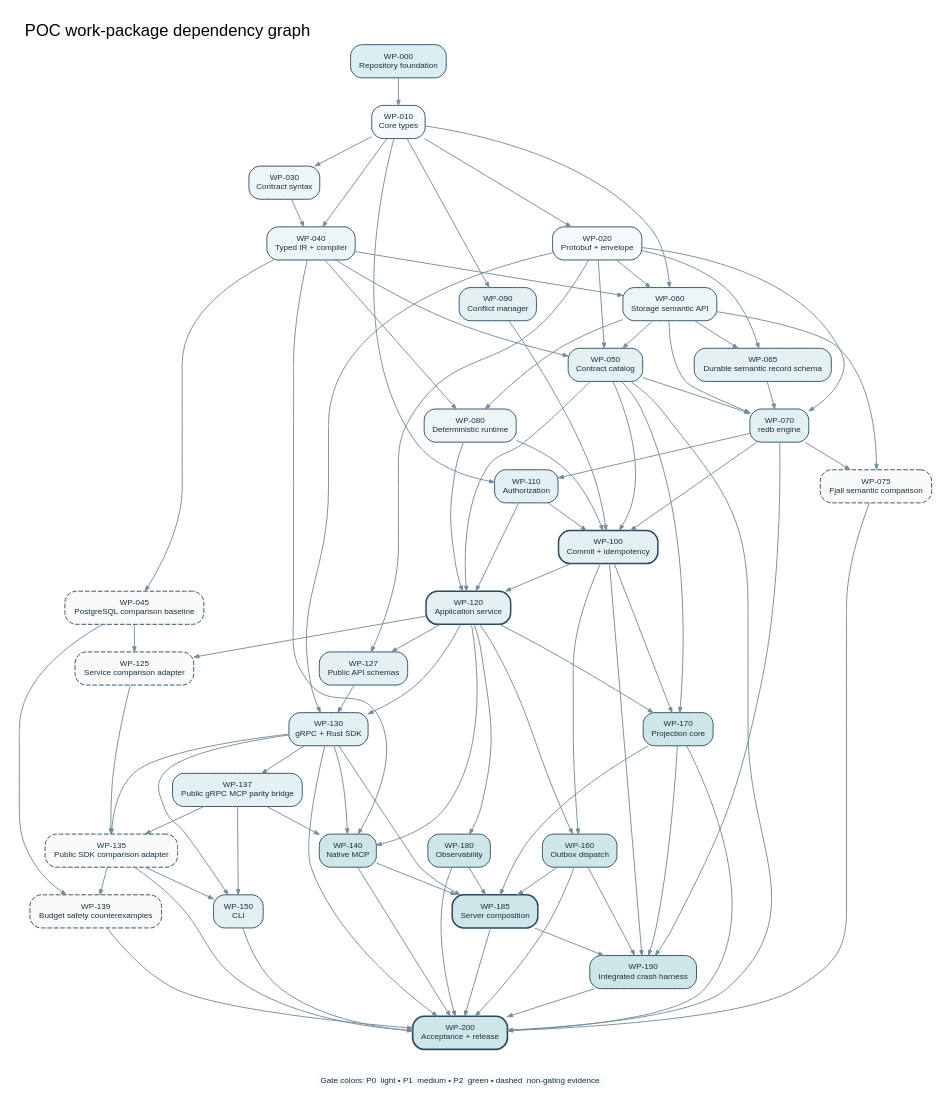
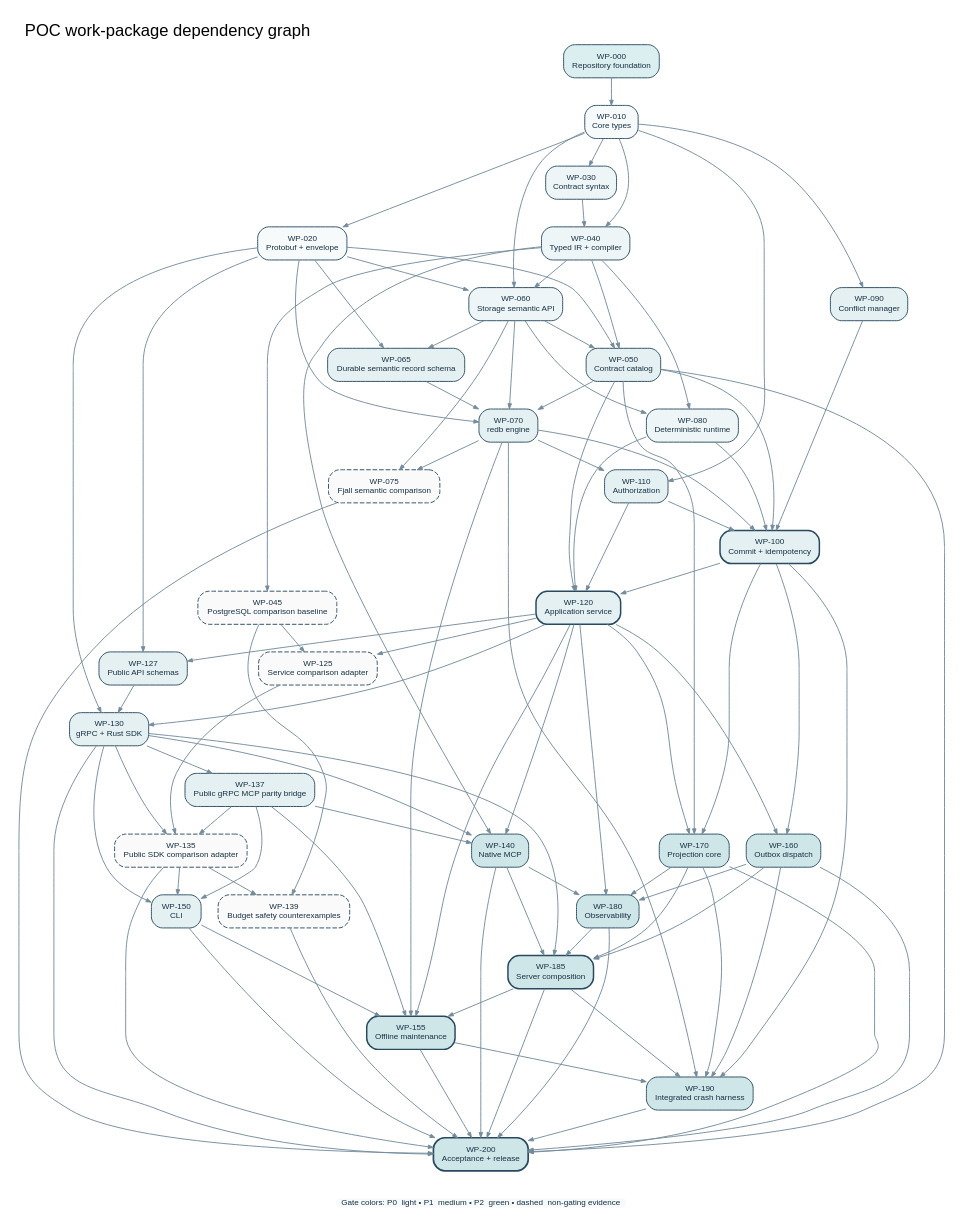
Before and after one commit to riffdb/riffdb: the diagram in diagrams/work_package_dag.dot, drawn with Graphviz. The commit also changed 308 other files, not shown here.

```diff
--- a/diagrams/work_package_dag.dot
+++ b/diagrams/work_package_dag.dot
@@ -1,71 +1,73 @@
 digraph G {
   graph [rankdir=TB, bgcolor="white", pad="0.18", nodesep="0.25", ranksep="0.42", fontname="Liberation Sans", fontsize=18, label="POC work-package dependency graph", labelloc="t", labeljust="l"];
   node [shape=box, style="rounded,filled", fontname="Liberation Sans", fontsize=8.8, margin="0.10,0.06", color="#28495F", fillcolor="#F7FAFB", fontcolor="#173042"];
   edge [color="#738B9A", penwidth=1.0, arrowsize=0.55];
 
   wp000 [label="WP-000\nRepository foundation", fillcolor="#DCEFF0"];
   wp010 [label="WP-010\nCore types"];
   wp020 [label="WP-020\nProtobuf + envelope"];
   wp030 [label="WP-030\nContract syntax", fillcolor="#EEF5F7"];
   wp040 [label="WP-040\nTyped IR + compiler", fillcolor="#EEF5F7"];
   wp045 [label="WP-045\nPostgreSQL comparison baseline", style="rounded,filled,dashed", fillcolor="#FAFAFA"];
   wp050 [label="WP-050\nContract catalog", fillcolor="#E4F0F2"];
   wp060 [label="WP-060\nStorage semantic API", fillcolor="#EEF5F7"];
   wp065 [label="WP-065\nDurable semantic record schema", fillcolor="#E4F0F2"];
   wp070 [label="WP-070\nredb engine", fillcolor="#E4F0F2"];
   wp075 [label="WP-075\nFjall semantic comparison", style="rounded,filled,dashed", fillcolor="#FAFAFA"];
   wp080 [label="WP-080\nDeterministic runtime", fillcolor="#EEF5F7"];
   wp090 [label="WP-090\nConflict manager", fillcolor="#E4F0F2"];
   wp100 [label="WP-100\nCommit + idempotency", fillcolor="#E4F0F2", penwidth=1.6];
   wp110 [label="WP-110\nAuthorization", fillcolor="#E4F0F2"];
   wp120 [label="WP-120\nApplication service", fillcolor="#E4F0F2", penwidth=1.6];
   wp125 [label="WP-125\nService comparison adapter", style="rounded,filled,dashed", fillcolor="#FAFAFA"];
   wp127 [label="WP-127\nPublic API schemas", fillcolor="#E4F0F2"];
   wp130 [label="WP-130\ngRPC + Rust SDK", fillcolor="#E4F0F2"];
   wp135 [label="WP-135\nPublic SDK comparison adapter", style="rounded,filled,dashed", fillcolor="#FAFAFA"];
   wp137 [label="WP-137\nPublic gRPC MCP parity bridge", fillcolor="#E4F0F2"];
   wp139 [label="WP-139\nBudget safety counterexamples", style="rounded,filled,dashed", fillcolor="#FAFAFA"];
   wp140 [label="WP-140\nNative MCP", fillcolor="#CFE6E8"];
   wp150 [label="WP-150\nCLI", fillcolor="#E4F0F2"];
   wp160 [label="WP-160\nOutbox dispatch", fillcolor="#CFE6E8"];
   wp170 [label="WP-170\nProjection core", fillcolor="#CFE6E8"];
   wp180 [label="WP-180\nObservability", fillcolor="#CFE6E8"];
   wp185 [label="WP-185\nServer composition", fillcolor="#CFE6E8", penwidth=1.6];
+  wp155 [label="WP-155\nOffline maintenance", fillcolor="#CFE6E8", penwidth=1.6];
   wp190 [label="WP-190\nIntegrated crash harness", fillcolor="#CFE6E8"];
   wp200 [label="WP-200\nAcceptance + release", fillcolor="#CFE6E8", penwidth=1.8];
 
   key [shape=plain, label="Gate colors: P0  light • P1  medium • P2  green • dashed  non-gating evidence"];
 
   wp000 -> wp010;
   wp010 -> {wp020 wp030 wp090};
   wp030 -> wp040;
   wp010 -> {wp040 wp060};
   wp020 -> {wp050 wp060 wp070};
   wp040 -> {wp045 wp050 wp060 wp080};
   wp020 -> wp065;
   wp060 -> {wp050 wp065 wp070 wp075 wp080};
   {wp050 wp065} -> wp070;
   wp070 -> wp075;
   wp010 -> wp110;
   wp070 -> wp110;
   {wp050 wp070 wp080 wp090 wp110} -> wp100;
   {wp050 wp080 wp100 wp110} -> wp120;
   {wp020 wp120} -> wp127;
   {wp020 wp120 wp127} -> wp130;
   {wp045 wp120} -> wp125;
   {wp125 wp130} -> wp135;
   wp130 -> wp137;
   wp137 -> wp135;
   {wp045 wp135} -> wp139;
   {wp040 wp120 wp130} -> wp140;
   wp137 -> wp140;
   wp130 -> wp150;
   {wp135 wp137} -> wp150;
   {wp100 wp120} -> {wp160 wp170};
   wp050 -> wp170;
-  wp120 -> wp180;
+  {wp120 wp140 wp160 wp170} -> wp180;
   {wp130 wp140 wp160 wp170 wp180} -> wp185;
-  {wp070 wp100 wp160 wp170 wp185} -> wp190;
-  {wp050 wp075 wp130 wp135 wp139 wp140 wp150 wp160 wp170 wp180 wp185 wp190} -> wp200;
+  {wp070 wp120 wp137 wp150 wp185} -> wp155;
+  {wp070 wp100 wp155 wp160 wp170 wp185} -> wp190;
+  {wp050 wp075 wp130 wp135 wp139 wp140 wp150 wp155 wp160 wp170 wp180 wp185 wp190} -> wp200;
   wp200 -> key [style=invis];
 }
```
